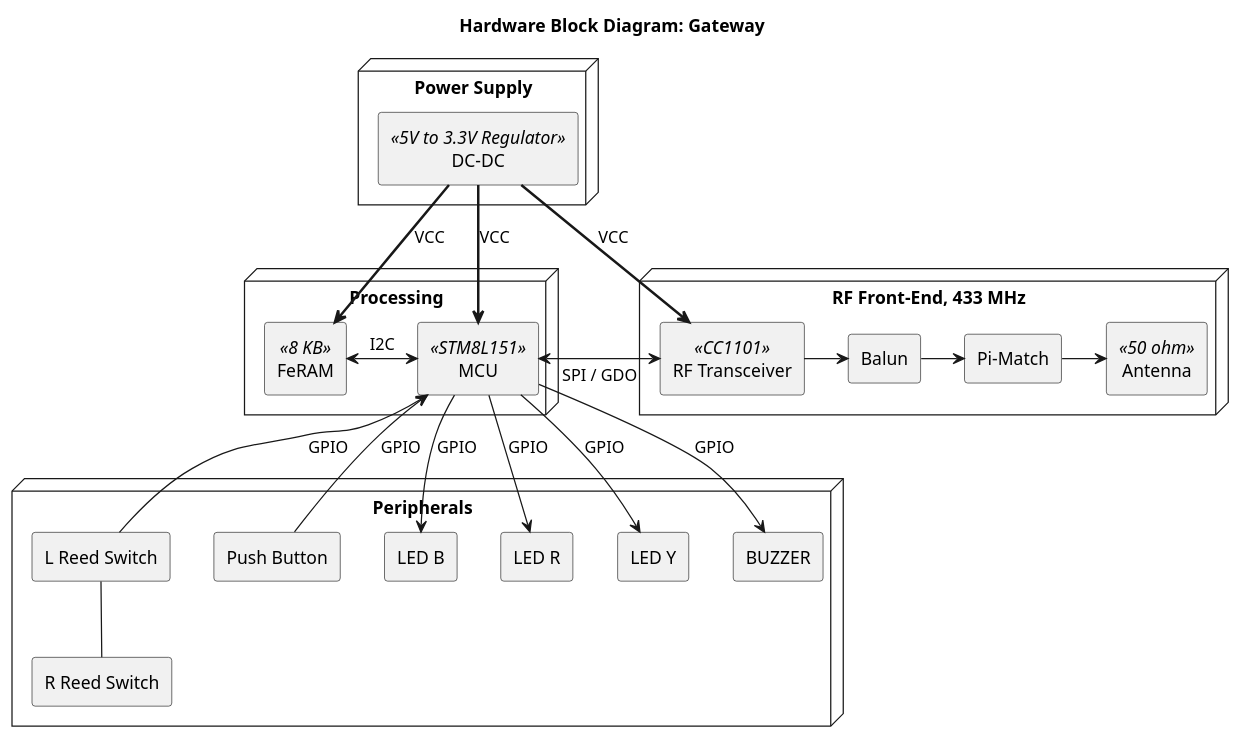
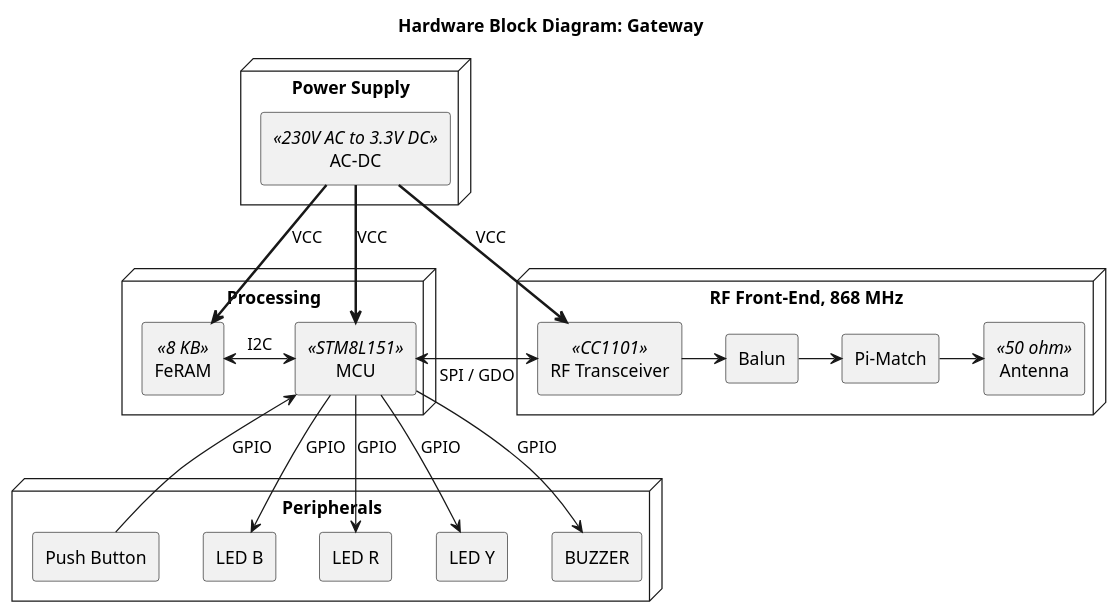
Before and after one commit to npeixoto64/ExitGuardian: the diagram in docs/architecture/diagrams/gateway_hw_arch.puml, drawn with PlantUML. The commit also changed 6 other files, not shown here.

Commit message:
EG-56 Requirements and Architecture to use a sensor on main-door

```diff
--- a/docs/architecture/diagrams/gateway_hw_arch.puml
+++ b/docs/architecture/diagrams/gateway_hw_arch.puml
@@ -1,58 +1,54 @@
 @startuml
 title Hardware Block Diagram: Gateway
 
 ' --- Style ---
 skinparam componentStyle rectangle
 skinparam monochrome true
 
 ' --- Components ---
 node "Power Supply" {
-    [DC-DC] as PWR << 5V to 3.3V Regulator >>
+    [AC-DC] as PWR << 230V AC to 3.3V DC >>
 }
 
 node "Processing" {
     [MCU] as CTRL << STM8L151 >>
     [FeRAM] as FERM << 8 KB >>
 }
 
-node "RF Front-End, 433 MHz" {
+node "RF Front-End, 868 MHz" {
     [RF Transceiver] as RF_CHIP << CC1101 >>
     [Balun] as BAL
     [Pi-Match] as PI_NET
     [Antenna] as ANT << 50 ohm >>
 }
 
 node "Peripherals" {
-    [L Reed Switch] as REEDL
-    [R Reed Switch] as REEDR
     [Push Button] as BTN
     [LED B] as LED_B
     [LED R] as LED_R
     [LED Y] as LED_Y
     [BUZZER] as BZR
 }
 
 ' --- Connections ---
 
 ' Power Distribution (Parallel connection from Power node)
 PWR -[bold]-> CTRL : VCC
 PWR -[bold]-> RF_CHIP : VCC
 PWR -[bold]-> FERM : VCC
 
 ' Logic/Signals
 CTRL <-left-> FERM : I2C
 CTRL <-> RF_CHIP : SPI / GDO
-REEDR -up- REEDL
-REEDL -up-> CTRL : GPIO
 BTN -up-> CTRL : GPIO
 LED_B <-up- CTRL : GPIO
 LED_R <-up- CTRL : GPIO
 LED_Y <-up- CTRL : GPIO
 BZR <-up- CTRL : GPIO
 
 ' RF Path
 RF_CHIP -right-> BAL
 BAL -right-> PI_NET
 PI_NET -right-> ANT
 
 @enduml
```
